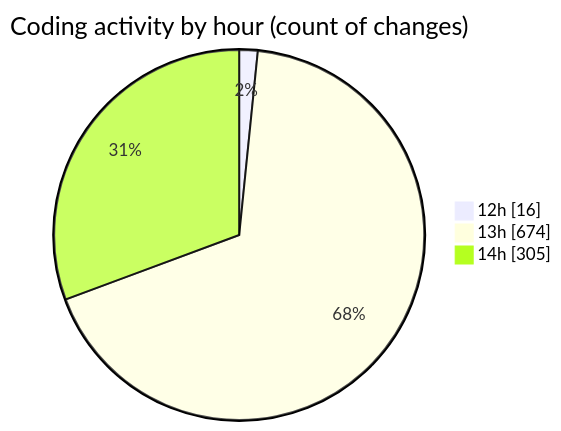
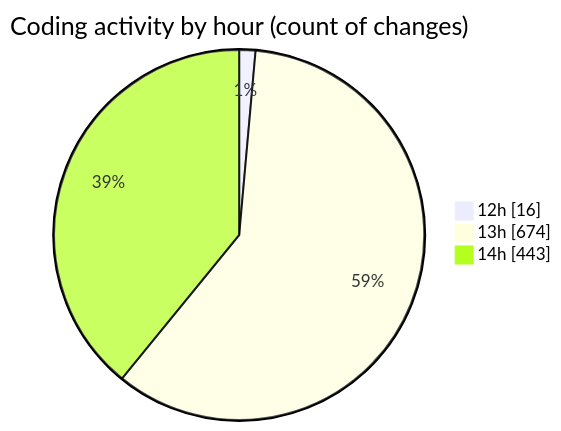
Before and after one commit to vahidmafi/code-tracking: the second of 2 diagrams in 2025-09-16/www/README.md, drawn with Mermaid. The commit also changed other lines of this file and 1 other file, not shown here.

````diff
--- a/2025-09-16/www/README.md
+++ b/2025-09-16/www/README.md
@@ -413,7 +549,7 @@
 ```mermaid
 pie showData
 title Coding activity by hour (count of changes)
 "12h" : 16
 "13h" : 674
-"14h" : 305
+"14h" : 443
 ```
````
